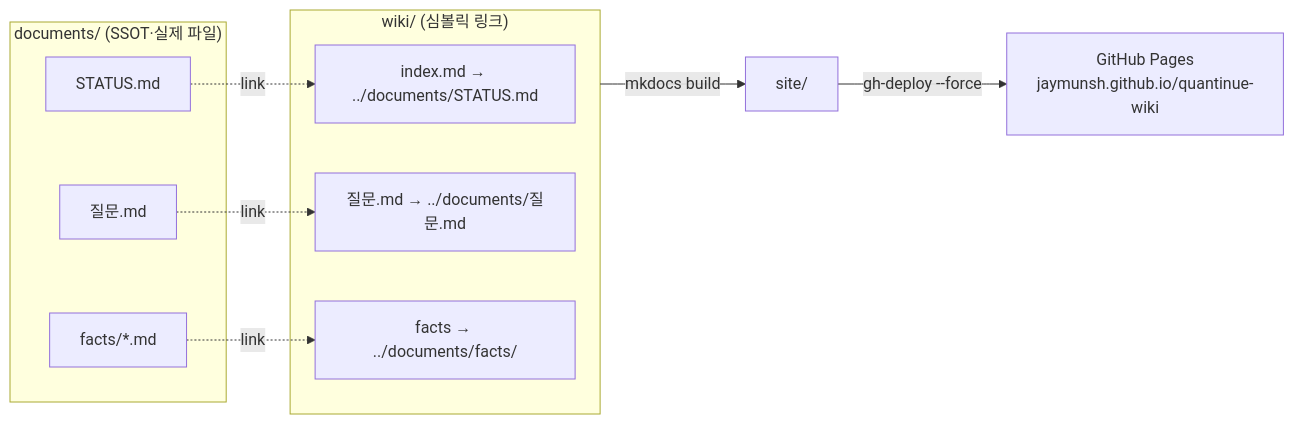
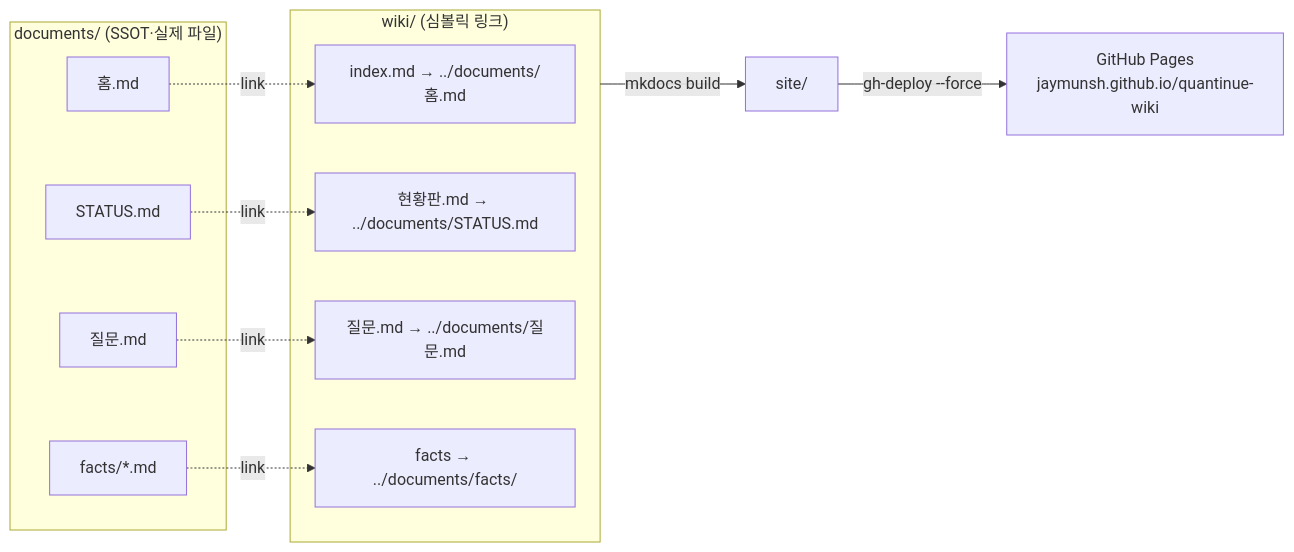
One commit to jaymunsh/quantinue-wiki changed the seventh of 7 diagrams in documents/시스템설명서.md. Above: the diagram before and after it, drawn with Mermaid. The commit also changed other lines of this file and 1 other file, not shown here.

````diff
--- a/documents/시스템설명서.md
+++ b/documents/시스템설명서.md
@@ -258,18 +258,21 @@
 ```mermaid
 flowchart LR
   subgraph src["documents/ (SSOT·실제 파일)"]
+    H["홈.md"]
     ST["STATUS.md"]
     Q["질문.md"]
     F["facts/*.md"]
   end
   subgraph wiki["wiki/ (심볼릭 링크)"]
-    L1["index.md → ../documents/STATUS.md"]
+    L0["index.md → ../documents/홈.md"]
+    L1["현황판.md → ../documents/STATUS.md"]
     L2["질문.md → ../documents/질문.md"]
     L3["facts → ../documents/facts/"]
   end
+  H -.link.-> L0
   ST -.link.-> L1
   Q -.link.-> L2
   F -.link.-> L3
   wiki -->|"mkdocs build"| SITE["site/"]
   SITE -->|"gh-deploy --force"| GH["GitHub Pages<br/>jaymunsh.github.io/quantinue-wiki"]
 ```
````
